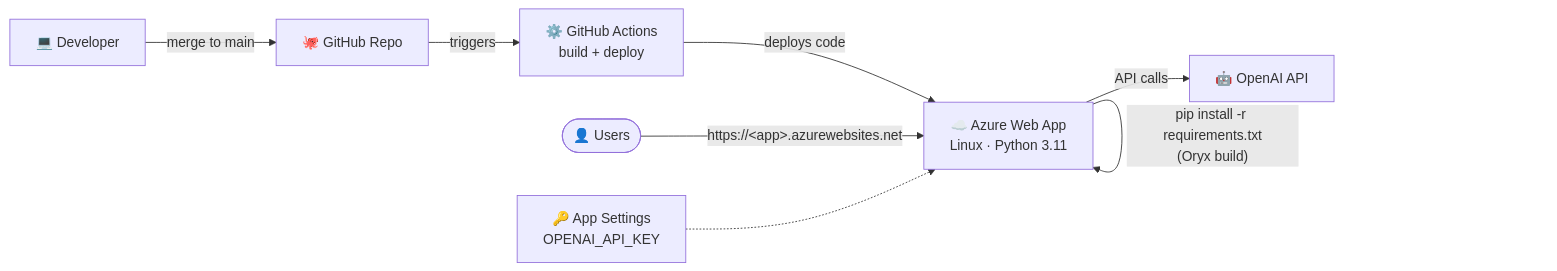
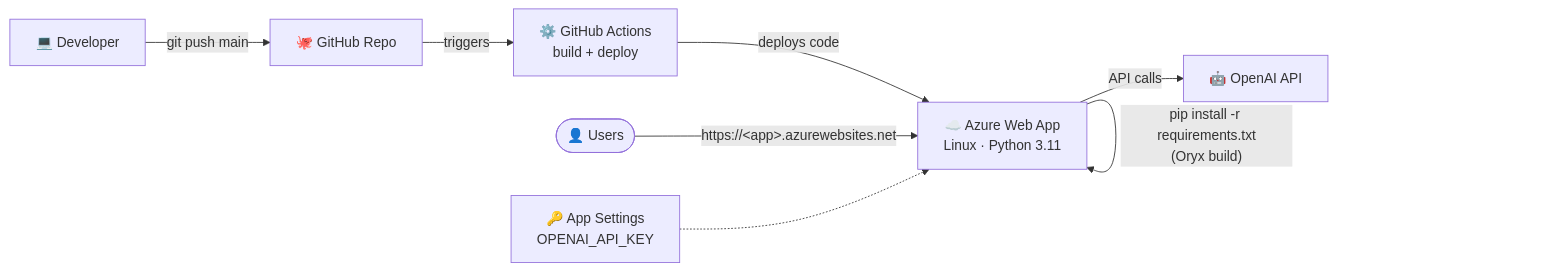
One commit to ajeetuk/Project_1_Financial_Policy_ChatBot_Rag_Implementation changed the sixth of 6 diagrams in README.md. Above: the diagram before and after it, drawn with Mermaid. The commit also changed other lines of this file, not shown here.

````diff
--- a/README.md
+++ b/README.md
@@ -411,10 +317,10 @@
 ```mermaid
 flowchart LR
-    DEV["💻 Developer"] -- "merge to main" --> GH["🐙 GitHub Repo"]
+    DEV["💻 Developer"] -- "git push main" --> GH["🐙 GitHub Repo"]
     GH -- "triggers" --> GA["⚙️ GitHub Actions<br/>build + deploy"]
     GA -- "deploys code" --> AZ["☁️ Azure Web App<br/>Linux · Python 3.11"]
     AZ -- "pip install -r requirements.txt<br/>(Oryx build)" --> AZ
     AZ -- "API calls" --> OAI["🤖 OpenAI API"]
     USR(["👤 Users"]) -- "https://&lt;app&gt;.azurewebsites.net" --> AZ
     KEY["🔑 App Settings<br/>OPENAI_API_KEY"] -.-> AZ
 ```
````
